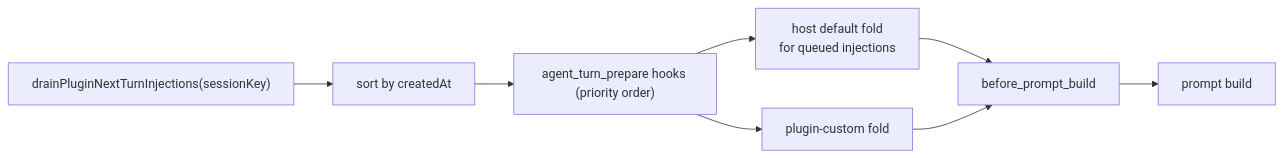
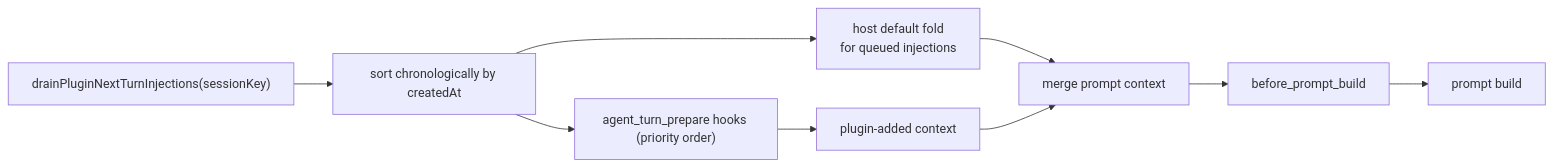
The fifth of 23 diagrams in docs/plugins/host-hooks-examples.md (openclaw/openclaw), drawn with Mermaid before and after one commit. The commit also changed other lines of this file, not shown here.

Commit message:
docs(plugin-sdk): align host hook recipes with contracts

````diff
--- a/docs/plugins/host-hooks-examples.md
+++ b/docs/plugins/host-hooks-examples.md
@@ -541,11 +540,12 @@
 ```mermaid
 flowchart LR
   Drain["drainPluginNextTurnInjections(sessionKey)"]
-  Drain --> Sort["sort by createdAt"]
+  Drain --> Sort["sort chronologically by createdAt"]
   Sort --> ATP["agent_turn_prepare hooks (priority order)"]
-  ATP --> Defaults["host default fold\nfor queued injections"]
-  ATP --> Custom["plugin-custom fold"]
-  Defaults --> PB["before_prompt_build"]
-  Custom --> PB
+  Sort --> Defaults["host default fold\nfor queued injections"]
+  ATP --> Custom["plugin-added context"]
+  Defaults --> Merge["merge prompt context"]
+  Custom --> Merge
+  Merge --> PB["before_prompt_build"]
   PB --> Build["prompt build"]
 ```
````
